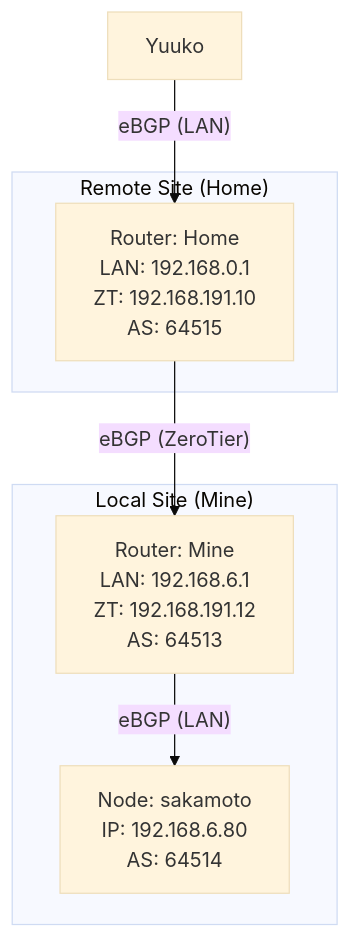
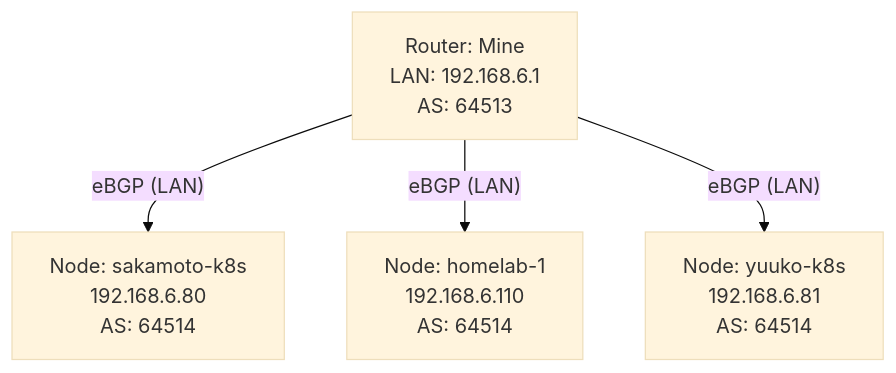
One commit to shelken/home-ops changed the diagram in k8s/infra/common/kube-system/cilium/README.md. Above: the diagram before and after it, drawn with Mermaid (base theme). The commit also changed other lines of this file and 5 other files, not shown here.

First line of the commit message:
refactor(router): BIRD 配置移出 docs/，并加 bgp:diff / bgp:sync

````diff
--- a/k8s/infra/common/kube-system/cilium/README.md
+++ b/k8s/infra/common/kube-system/cilium/README.md
@@ -6,16 +12,11 @@
 ```mermaid
 graph TD
-    subgraph "Remote Site (Home)"
-        R_Home[Router: Home<br/>LAN: 192.168.0.1<br/>ZT: 192.168.191.10<br/>AS: 64515]
-    end
+    R_Mine[Router: Mine<br/>LAN: 192.168.6.1<br/>AS: 64513]
+    Saka[Node: sakamoto-k8s<br/>192.168.6.80<br/>AS: 64514]
+    H1[Node: homelab-1<br/>192.168.6.110<br/>AS: 64514]
+    Yuuko[Node: yuuko-k8s<br/>192.168.6.81<br/>AS: 64514]
 
-    subgraph "Local Site (Mine)"
-        R_Mine[Router: Mine<br/>LAN: 192.168.6.1<br/>ZT: 192.168.191.12<br/>AS: 64513]
-        Sakamoto[Node: sakamoto<br/>IP: 192.168.6.80<br/>AS: 64514]
-    end
-
-    %% Connections
-    Yuuko -- "eBGP (LAN)" --> R_Home
-    R_Home -- "eBGP (ZeroTier)" --> R_Mine
-    R_Mine -- "eBGP (LAN)" --> Sakamoto
+    R_Mine -- "eBGP (LAN)" --> Saka
+    R_Mine -- "eBGP (LAN)" --> H1
+    R_Mine -- "eBGP (LAN)" --> Yuuko
 ```
````
